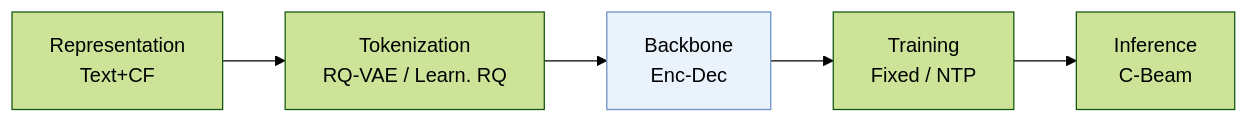
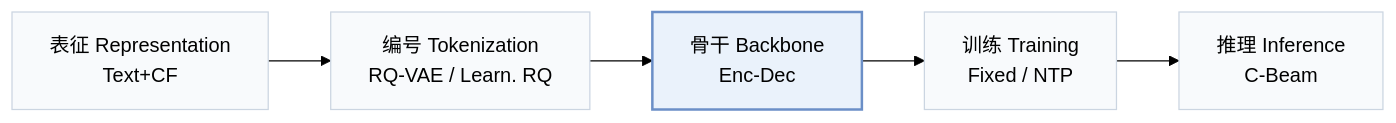
The first of 2 diagrams in pages/zh/papers/discrec.md (Galaxy-ghost/Awesome-SID-Generative-Rec), drawn with Mermaid (forest theme) before and after one commit. The commit also changed other lines of this file and 649 other files, not shown here.

Commit message:
writer-05: also tags and modality index (schema, check, build, visuals); summary field removed; calibration data for 12 papers

````diff
--- a/pages/zh/papers/discrec.md
+++ b/pages/zh/papers/discrec.md
@@ -13,6 +15,8 @@
 ```mermaid
 flowchart LR
-    R["Representation<br/>Text+CF"] --> T["Tokenization<br/>RQ-VAE / Learn. RQ"] --> B["Backbone<br/>Enc-Dec"] --> TR["Training<br/>Fixed / NTP"] --> I["Inference<br/>C-Beam"]
-    classDef main fill:#eaf2fb,stroke:#6b8fc7
+    R["表征 Representation<br/>Text+CF"] --> T["编号 Tokenization<br/>RQ-VAE / Learn. RQ"] --> B["骨干 Backbone<br/>Enc-Dec"] --> TR["训练 Training<br/>Fixed / NTP"] --> I["推理 Inference<br/>C-Beam"]
+    classDef base fill:#f8fafc,stroke:#cbd5e1
+    class R,T,B,TR,I base
+    classDef main fill:#eaf2fb,stroke:#6b8fc7,stroke-width:2px
     class B main
 ```
````
